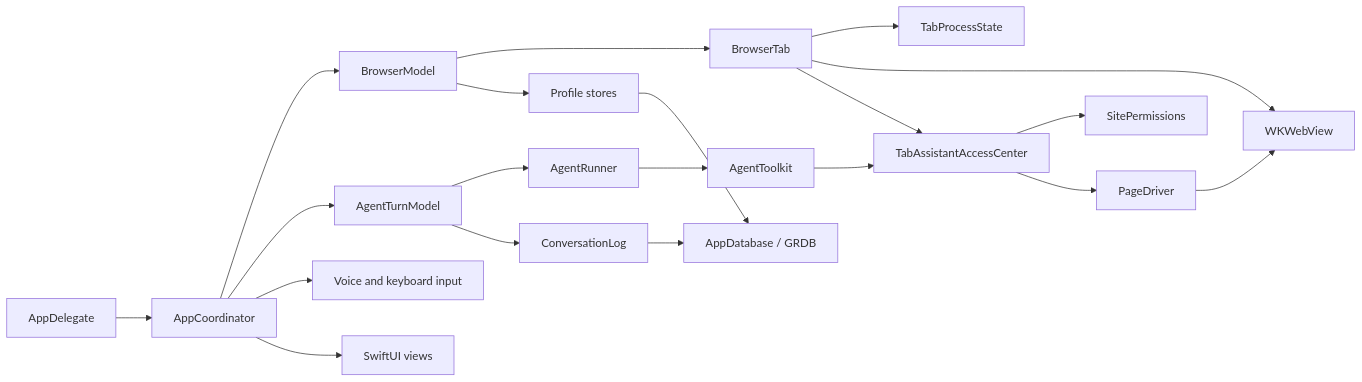
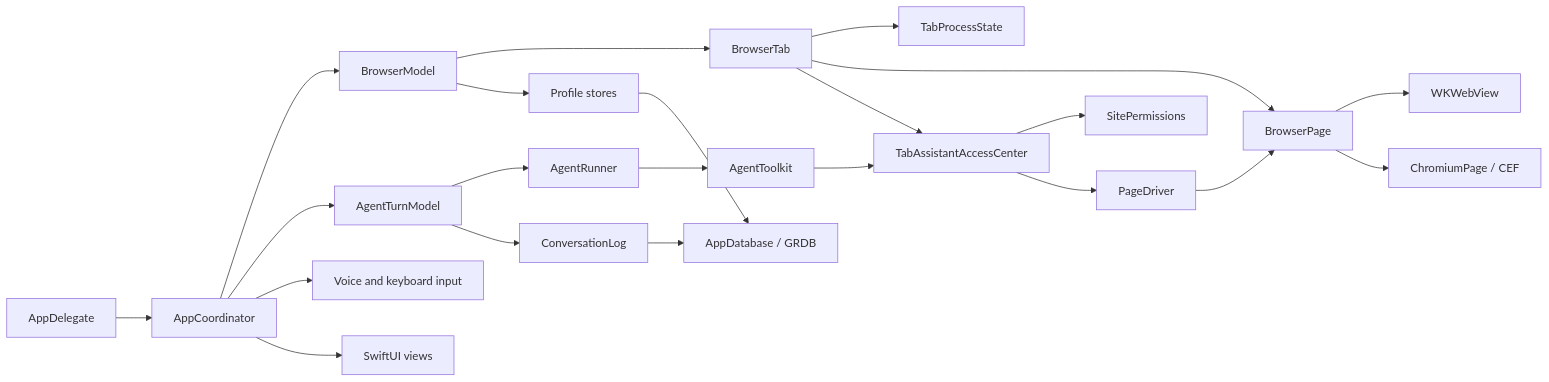
One commit to wsagency/wsurf changed the diagram in ARCHITECTURE.md. Above: the diagram before and after it, drawn with Mermaid. The commit also changed other lines of this file and 212 other files, not shown here.

First line of the commit message:
feat(browser): Add embedded Chromium and current app updates

````diff
--- a/ARCHITECTURE.md
+++ b/ARCHITECTURE.md
@@ -9,22 +9,24 @@
 ```mermaid
 flowchart LR
     App["AppDelegate"] --> Coordinator["AppCoordinator"]
     Coordinator --> Browser["BrowserModel"]
     Coordinator --> Turns["AgentTurnModel"]
     Turns --> Agent["AgentRunner"]
     Coordinator --> Input["Voice and keyboard input"]
     Browser --> Tabs["BrowserTab"]
     Tabs --> Process["TabProcessState"]
-    Tabs --> WebKit["WKWebView"]
+    Tabs --> Page["BrowserPage"]
+    Page --> WebKit["WKWebView"]
+    Page --> Chromium["ChromiumPage / CEF"]
     Agent --> Toolkit["AgentToolkit"]
     Tabs --> Access["TabAssistantAccessCenter"]
     Access --> Permissions["SitePermissions"]
     Toolkit --> Access
     Access --> Driver["PageDriver"]
-    Driver --> WebKit
+    Driver --> Page
     Browser --> Stores["Profile stores"]
     Turns --> Log["ConversationLog"]
     Stores --> Database["AppDatabase / GRDB"]
     Log --> Database
     Coordinator --> Views["SwiftUI views"]
 ```
````
